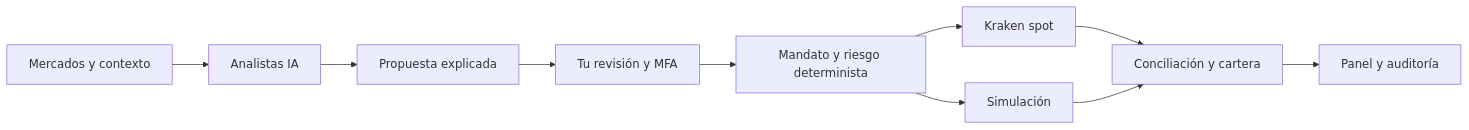
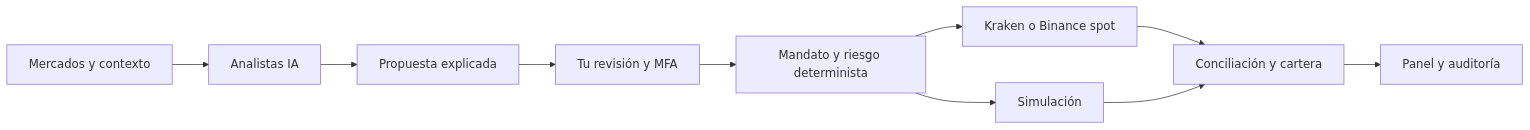
One commit to robgallardof/wallybot changed the diagram in README.md. Above: the diagram before and after it, drawn with Mermaid. The commit also changed other lines of this file and 74 other files, not shown here.

First line of the commit message:
Add Binance spot venue, gross market references and refreshed workspace settings

````diff
--- a/README.md
+++ b/README.md
@@ -162,12 +163,12 @@
 ```mermaid
 flowchart LR
     M[Mercados y contexto] --> A[Analistas IA]
     A --> P[Propuesta explicada]
     P --> U[Tu revisión y MFA]
     U --> R[Mandato y riesgo determinista]
-    R --> K[Kraken spot]
+    R --> K[Kraken o Binance spot]
     R --> S[Simulación]
     K --> C[Conciliación y cartera]
     S --> C
     C --> D[Panel y auditoría]
 ```
````
